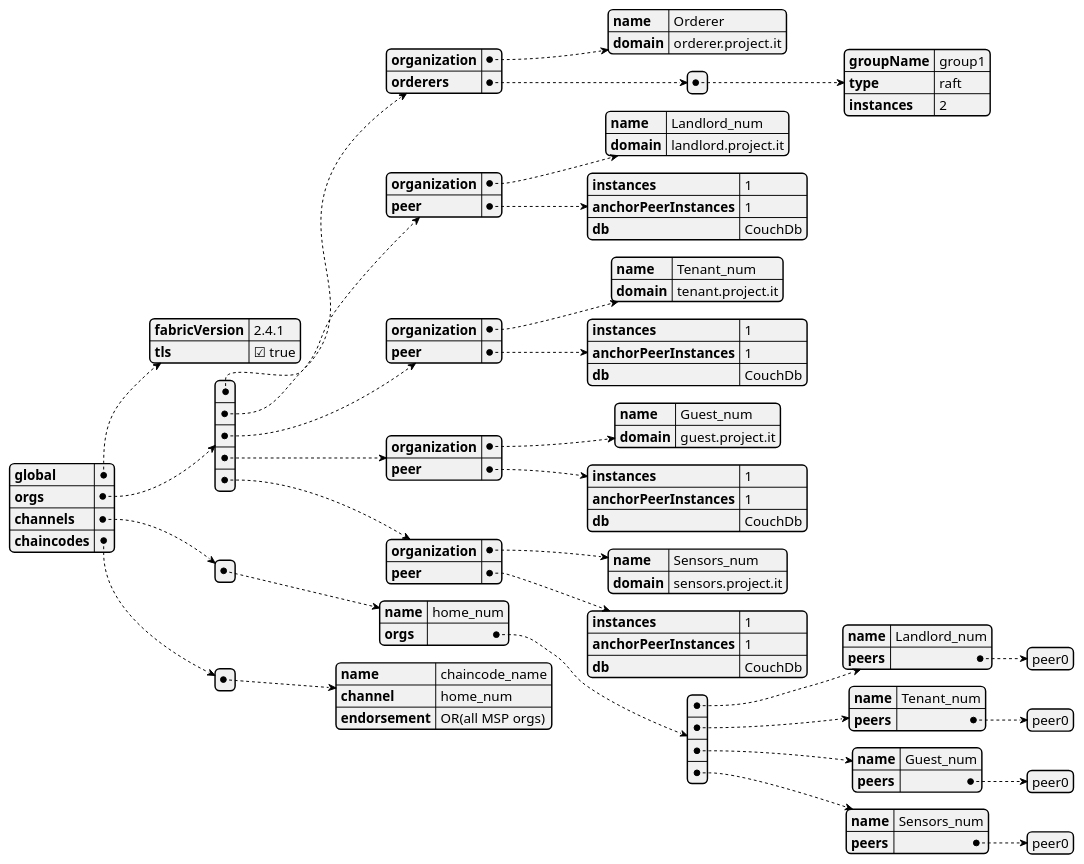
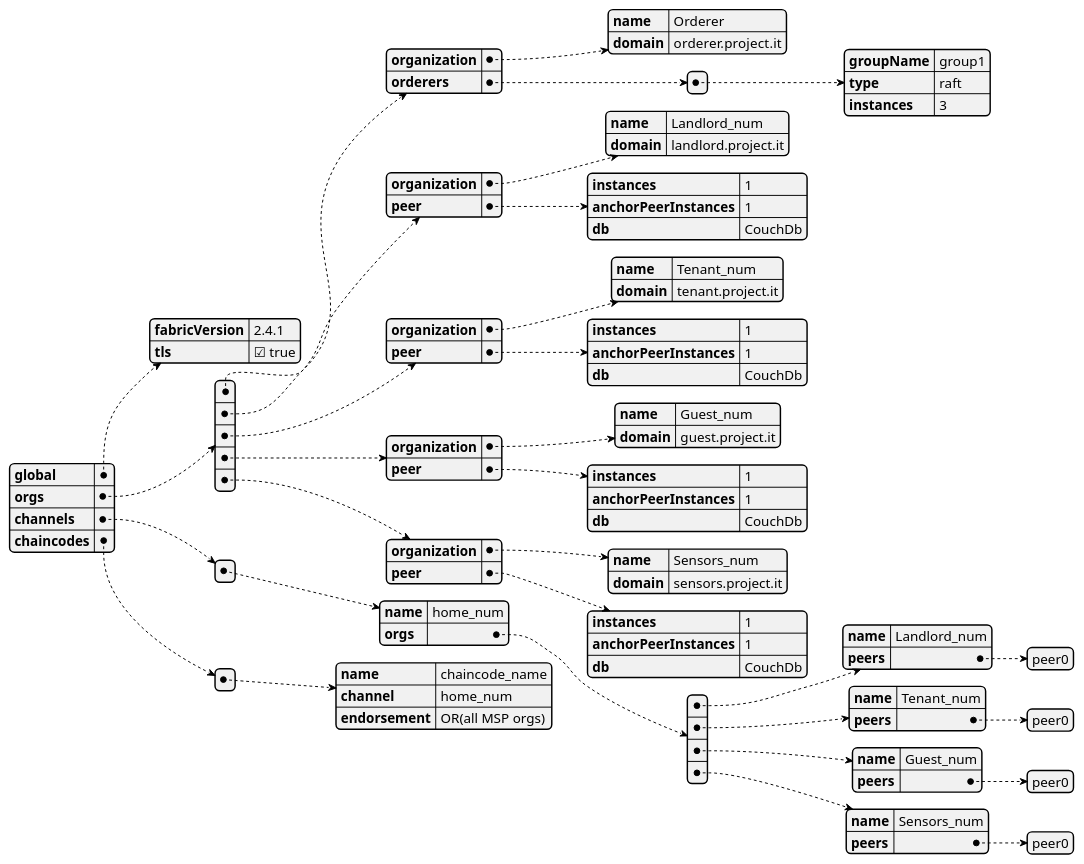
Before and after one commit to Fede22dev/My_blockchain_HLF: the diagram in network/diagrams/json_diagram_network_configuration.puml, drawn with PlantUML. The commit also changed 24 other files, not shown here.

```diff
--- a/network/diagrams/json_diagram_network_configuration.puml
+++ b/network/diagrams/json_diagram_network_configuration.puml
@@ -1,105 +1,105 @@
 @startjson
 {
   "global": {
     "fabricVersion": "2.4.1",
     "tls": true
   },
   "orgs": [
     {
       "organization": {
         "name": "Orderer",
         "domain": "orderer.project.it"
       },
       "orderers": [
         {
           "groupName": "group1",
           "type": "raft",
-          "instances": 2
+          "instances": 3
         }
       ]
     },
     {
       "organization": {
         "name": "Landlord_num",
         "domain": "landlord.project.it"
       },
       "peer": {
         "instances": 1,
         "anchorPeerInstances": 1,
         "db": "CouchDb"
       }
     },
     {
       "organization": {
         "name": "Tenant_num",
         "domain": "tenant.project.it"
       },
       "peer": {
         "instances": 1,
         "anchorPeerInstances": 1,
         "db": "CouchDb"
       }
     },
     {
       "organization": {
         "name": "Guest_num",
         "domain": "guest.project.it"
       },
       "peer": {
         "instances": 1,
         "anchorPeerInstances": 1,
         "db": "CouchDb"
       }
     },
     {
       "organization": {
         "name": "Sensors_num",
         "domain": "sensors.project.it"
       },
       "peer": {
         "instances": 1,
         "anchorPeerInstances": 1,
         "db": "CouchDb"
       }
     }
   ],
   "channels": [
     {
       "name": "home_num",
       "orgs": [
         {
           "name": "Landlord_num",
           "peers": [
             "peer0"
           ]
         },
         {
           "name": "Tenant_num",
           "peers": [
             "peer0"
           ]
         },
         {
           "name": "Guest_num",
           "peers": [
             "peer0"
           ]
         },
         {
           "name": "Sensors_num",
           "peers": [
             "peer0"
           ]
         }
       ]
     }
   ],
   "chaincodes": [
     {
       "name": "chaincode_name",
       "channel": "home_num",
       "endorsement": "OR(all MSP orgs)"
     }
   ]
 }
 @endjson
```
